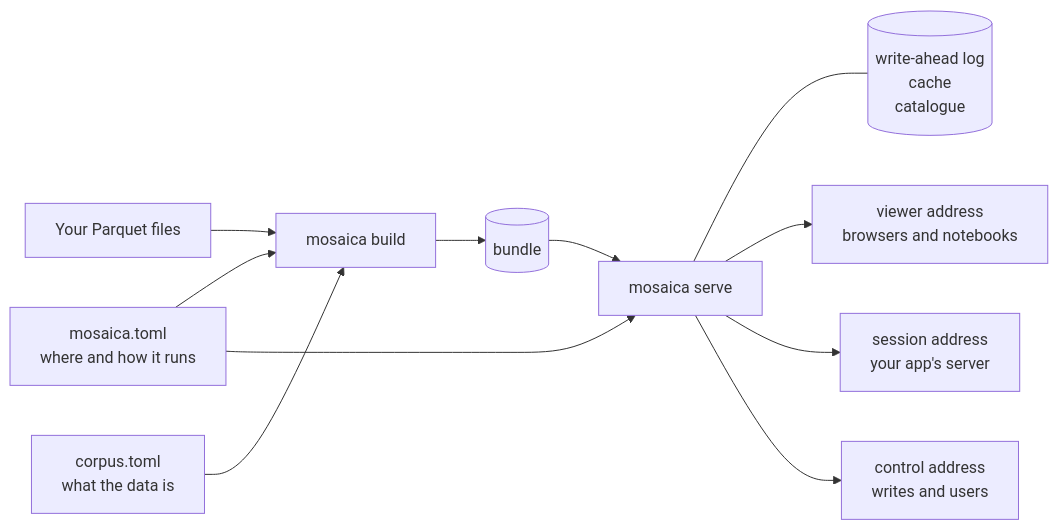
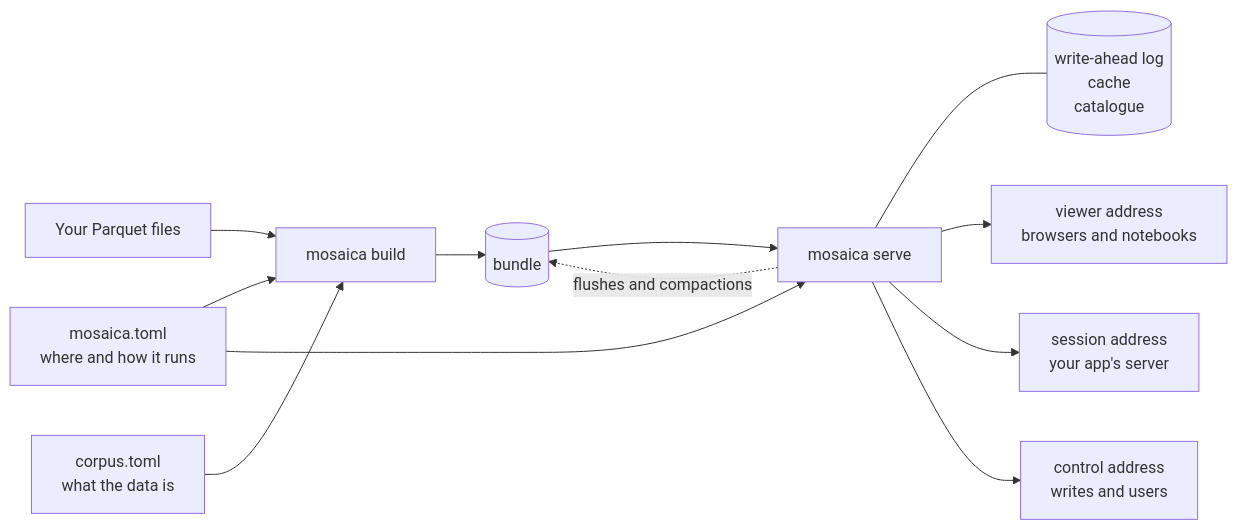
The diagram in docs/start/install.md (mosaicadb/mosaica), drawn with Mermaid before and after one commit. The commit also changed other lines of this file and 1 other file, not shown here.

````diff
--- a/docs/start/install.md
+++ b/docs/start/install.md
@@ -53,13 +56,14 @@
 ```mermaid
 flowchart LR
   sources["Your Parquet files"] --> build
   corpus["corpus.toml<br/>what the data is"] --> build["mosaica build"]
   deployment["mosaica.toml<br/>where and how it runs"] --> build
   build --> bundle[("bundle")]
   deployment --> serve["mosaica serve"]
   bundle --> serve
+  serve -. "flushes and compactions" .-> bundle
   serve --- disc[("write-ahead log<br/>cache<br/>catalogue")]
   serve --> viewer["viewer address<br/>browsers and notebooks"]
   serve --> session["session address<br/>your app's server"]
   serve --> control["control address<br/>writes and users"]
 ```
````
